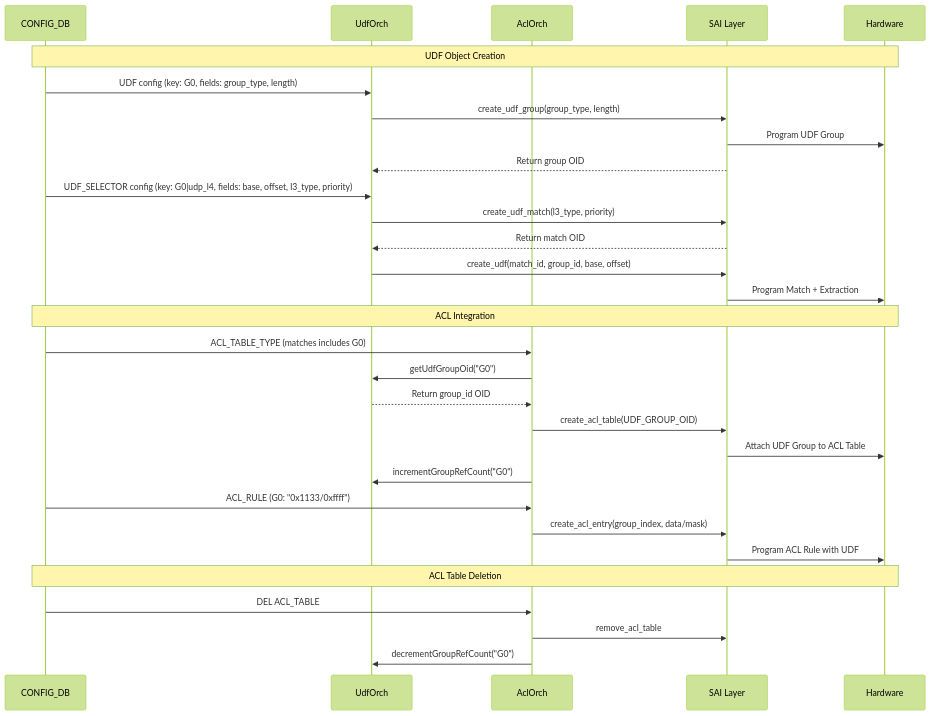
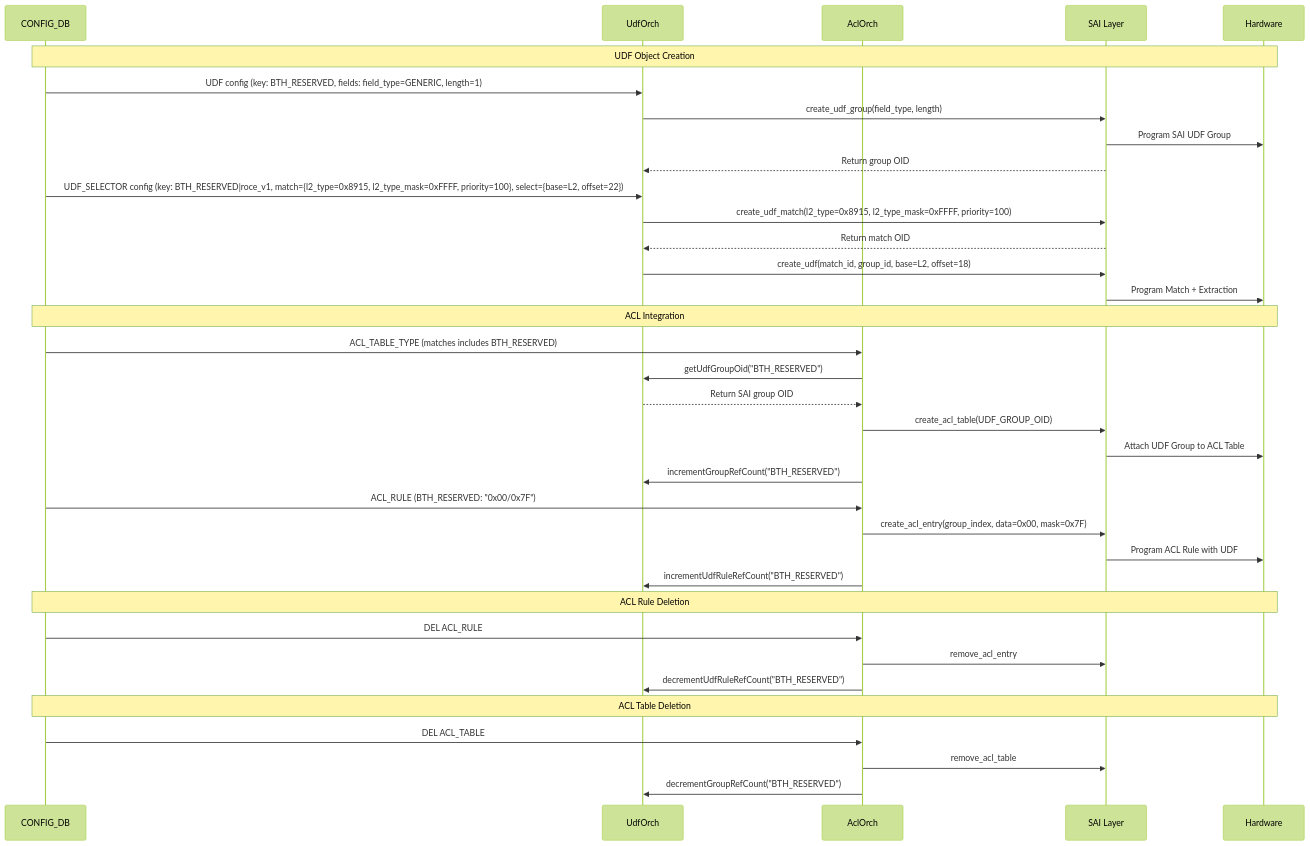
Before and after one commit to sonic-net/SONiC: the second of 2 diagrams in doc/udf/UDF_HLD.md, drawn with Mermaid (forest theme). The commit also changed other lines of this file, not shown here.

Commit message:
UDF core concepts removed

````diff
--- a/doc/udf/UDF_HLD.md
+++ b/doc/udf/UDF_HLD.md
@@ -520,37 +199,43 @@
 ```mermaid
 sequenceDiagram
     participant Config as CONFIG_DB
     participant UdfOrch as UdfOrch
     participant AclOrch as AclOrch
     participant SAI as SAI Layer
     participant ASIC as Hardware
 
     Note over Config,ASIC: UDF Object Creation
-    Config->>UdfOrch: UDF config (key: G0, fields: group_type, length)
-    UdfOrch->>SAI: create_udf_group(group_type, length)
-    SAI->>ASIC: Program UDF Group
+    Config->>UdfOrch: UDF config (key: BTH_RESERVED, fields: field_type=GENERIC, length=1)
+    UdfOrch->>SAI: create_udf_group(field_type, length)
+    SAI->>ASIC: Program SAI UDF Group
     SAI-->>UdfOrch: Return group OID
 
-    Config->>UdfOrch: UDF_SELECTOR config (key: G0|udp_l4, fields: base, offset, l3_type, priority)
-    UdfOrch->>SAI: create_udf_match(l3_type, priority)
+    Config->>UdfOrch: UDF_SELECTOR config (key: BTH_RESERVED|roce_v1, match={l2_type=0x8915, l2_type_mask=0xFFFF, priority=100}, select={base=L2, offset=22})
+    UdfOrch->>SAI: create_udf_match(l2_type=0x8915, l2_type_mask=0xFFFF, priority=100)
     SAI-->>UdfOrch: Return match OID
-    UdfOrch->>SAI: create_udf(match_id, group_id, base, offset)
+    UdfOrch->>SAI: create_udf(match_id, group_id, base=L2, offset=18)
     SAI->>ASIC: Program Match + Extraction
 
     Note over Config,ASIC: ACL Integration
-    Config->>AclOrch: ACL_TABLE_TYPE (matches includes G0)
-    AclOrch->>UdfOrch: getUdfGroupOid("G0")
-    UdfOrch-->>AclOrch: Return group_id OID
+    Config->>AclOrch: ACL_TABLE_TYPE (matches includes BTH_RESERVED)
+    AclOrch->>UdfOrch: getUdfGroupOid("BTH_RESERVED")
+    UdfOrch-->>AclOrch: Return SAI group OID
     AclOrch->>SAI: create_acl_table(UDF_GROUP_OID)
     SAI->>ASIC: Attach UDF Group to ACL Table
-    AclOrch->>UdfOrch: incrementGroupRefCount("G0")
+    AclOrch->>UdfOrch: incrementGroupRefCount("BTH_RESERVED")
 
-    Config->>AclOrch: ACL_RULE (G0: "0x1133/0xffff")
-    AclOrch->>SAI: create_acl_entry(group_index, data/mask)
+    Config->>AclOrch: ACL_RULE (BTH_RESERVED: "0x00/0x7F")
+    AclOrch->>SAI: create_acl_entry(group_index, data=0x00, mask=0x7F)
     SAI->>ASIC: Program ACL Rule with UDF
+    AclOrch->>UdfOrch: incrementUdfRuleRefCount("BTH_RESERVED")
+
+    Note over Config,ASIC: ACL Rule Deletion
+    Config->>AclOrch: DEL ACL_RULE
+    AclOrch->>SAI: remove_acl_entry
+    AclOrch->>UdfOrch: decrementUdfRuleRefCount("BTH_RESERVED")
 
     Note over Config,ASIC: ACL Table Deletion
     Config->>AclOrch: DEL ACL_TABLE
     AclOrch->>SAI: remove_acl_table
-    AclOrch->>UdfOrch: decrementGroupRefCount("G0")
+    AclOrch->>UdfOrch: decrementGroupRefCount("BTH_RESERVED")
 ```
````
